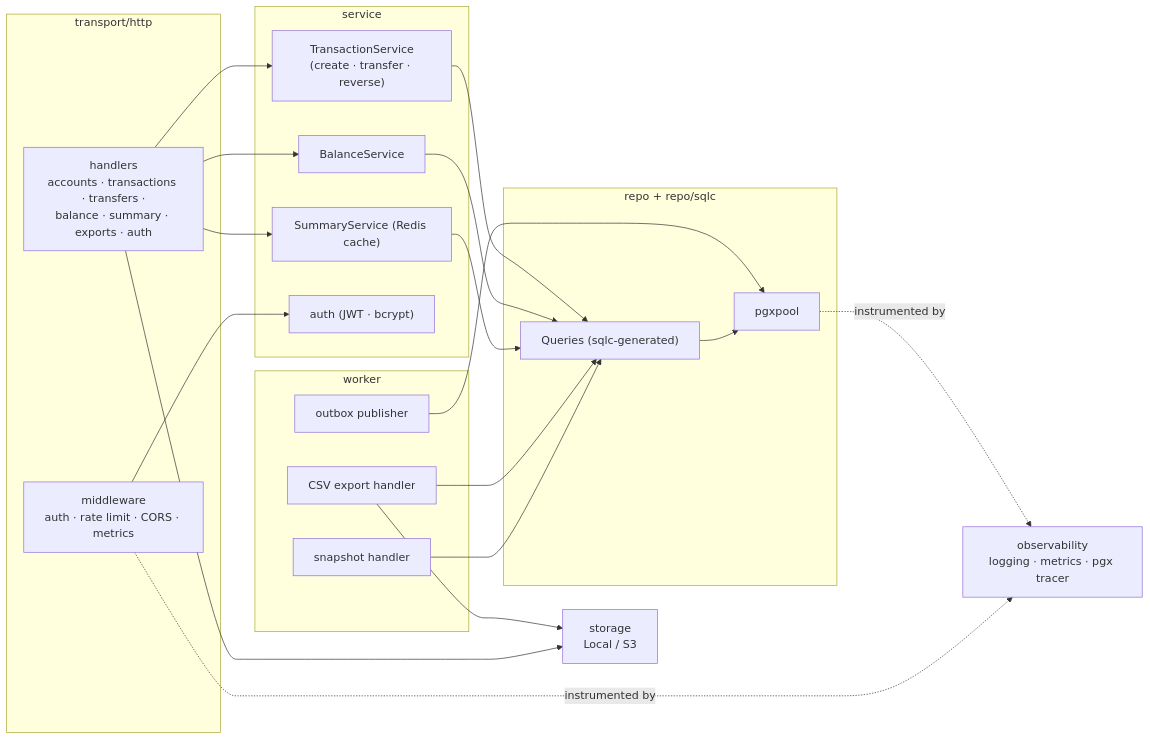
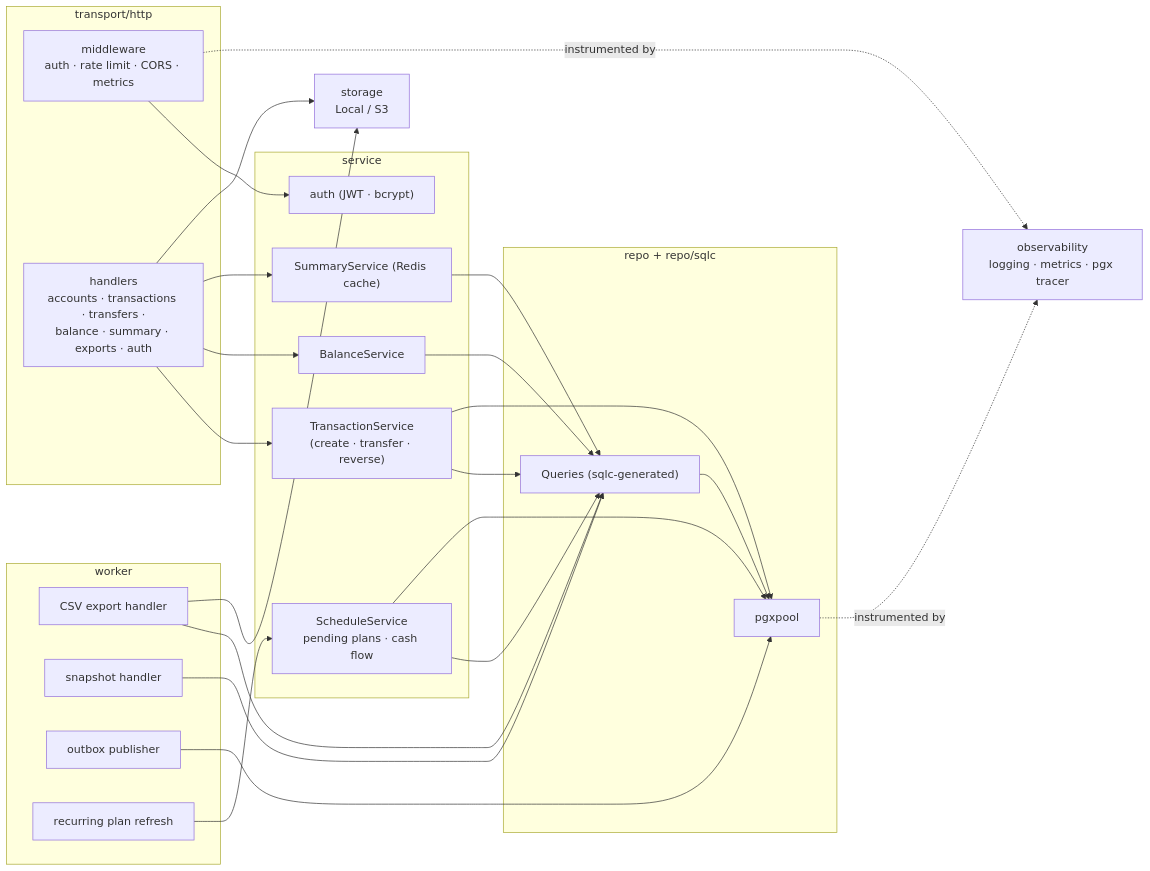
Before and after one commit to EftikharAzim/LedgerX: the second of 3 diagrams in docs/ARCHITECTURE.md, drawn with Mermaid. The commit also changed other lines of this file and 51 other files, not shown here.

````diff
--- a/docs/ARCHITECTURE.md
+++ b/docs/ARCHITECTURE.md
@@ -64,42 +69,47 @@
 ```mermaid
 graph LR
     subgraph transport["transport/http"]
         MW["middleware<br/>auth · rate limit · CORS · metrics"]
         H["handlers<br/>accounts · transactions · transfers ·<br/>balance · summary · exports · auth"]
     end
 
     subgraph service["service"]
         TX["TransactionService<br/>(create · transfer · reverse)"]
         BAL["BalanceService"]
         SUM["SummaryService (Redis cache)"]
         AUTH["auth (JWT · bcrypt)"]
+        PLAN["ScheduleService<br/>pending plans · cash flow"]
     end
 
     subgraph repo["repo + repo/sqlc"]
         Q["Queries (sqlc-generated)"]
         POOL["pgxpool"]
     end
 
     subgraph worker["worker"]
         EXP["CSV export handler"]
         SNAP["snapshot handler"]
         OB["outbox publisher"]
+        REC["recurring plan refresh"]
     end
 
     STORE["storage<br/>Local / S3"]
     OBS["observability<br/>logging · metrics · pgx tracer"]
 
     H --> TX & BAL & SUM
     MW --> AUTH
     TX --> Q
     BAL --> Q
     SUM --> Q
     EXP --> Q
     EXP --> STORE
     SNAP --> Q
     OB --> POOL
+    REC --> PLAN
+    PLAN --> Q & POOL
+    TX --> POOL
     Q --> POOL
     H --> STORE
     POOL -.instrumented by.-> OBS
     MW -.instrumented by.-> OBS
 ```
````
